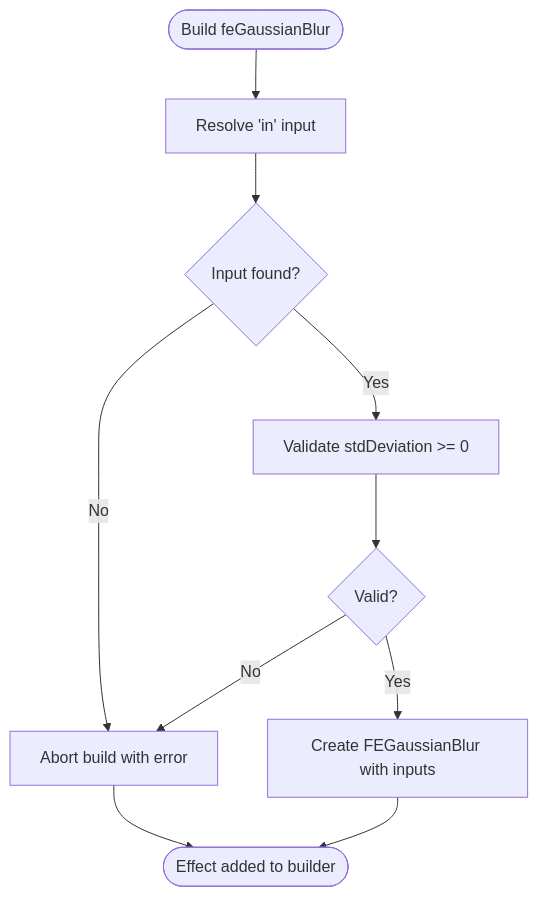
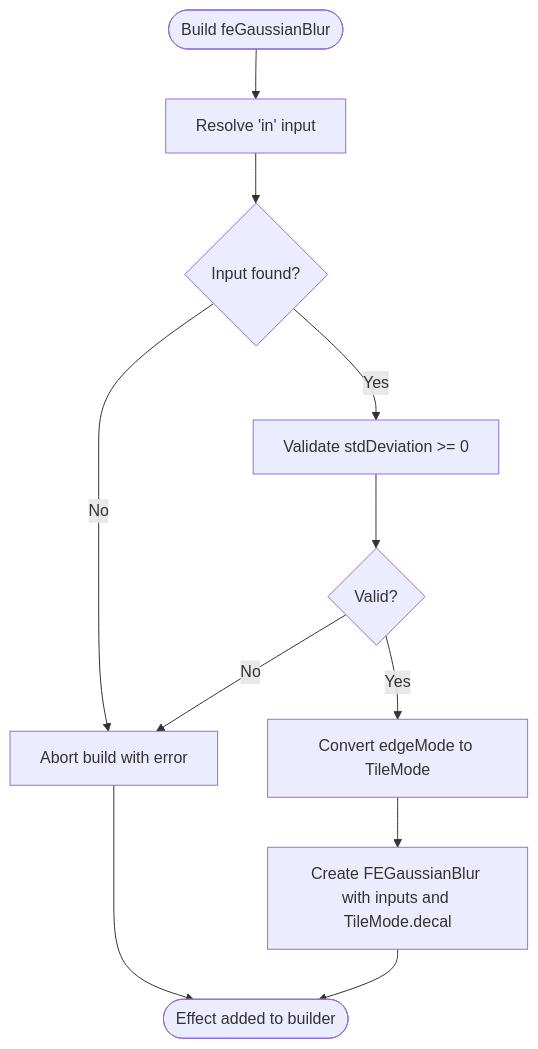
Before and after one commit to denisnadey/flutter_full_svg_support: the third of 9 diagrams in .qoder/repowiki/en/content/Animated SVG Support/Advanced Animation Features/SVG Filters and Effects/Built-in Filter Primitives.md, drawn with Mermaid. The commit also changed other lines of this file and 629 other files, not shown here.

````diff
--- a/.qoder/repowiki/en/content/Animated SVG Support/Advanced Animation Features/SVG Filters and Effects/Built-in Filter Primitives.md
+++ b/.qoder/repowiki/en/content/Animated SVG Support/Advanced Animation Features/SVG Filters and Effects/Built-in Filter Primitives.md
@@ -151,12 +166,13 @@
 ```mermaid
 flowchart TD
 Start(["Build feGaussianBlur"]) --> GetIn["Resolve 'in' input"]
 GetIn --> HasIn{"Input found?"}
 HasIn --> |No| Fail["Abort build with error"]
 HasIn --> |Yes| Validate["Validate stdDeviation >= 0"]
 Validate --> Valid{"Valid?"}
 Valid --> |No| Fail
-Valid --> |Yes| Create["Create FEGaussianBlur with inputs"]
+Valid --> |Yes| EdgeMode["Convert edgeMode to TileMode"]
+EdgeMode --> Create["Create FEGaussianBlur with inputs and TileMode.decal"]
 Create --> End(["Effect added to builder"])
 Fail --> End
 ```
````
